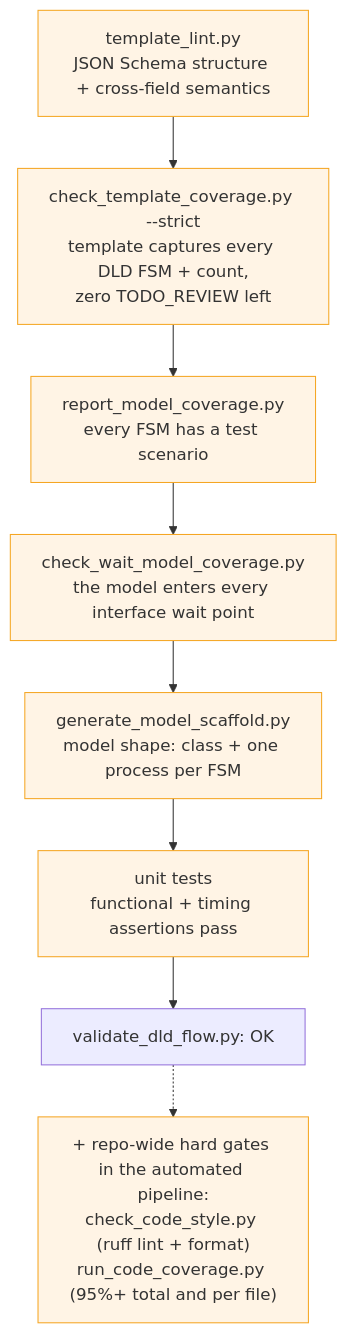
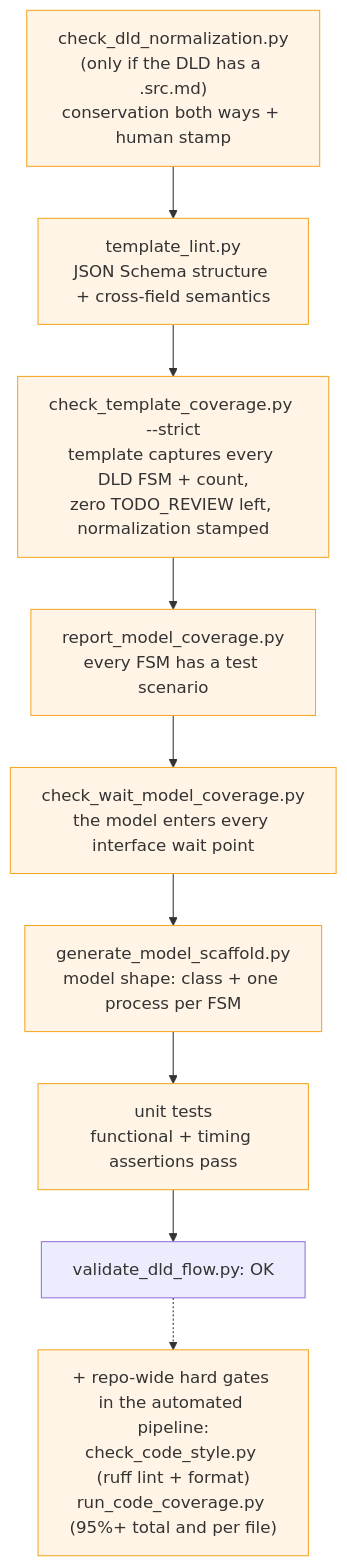
The sixth of 9 diagrams in docs/project_overview.md (kushkumar16/ip_model_automation), drawn with Mermaid before and after one commit. The commit also changed other lines of this file and 8 other files, not shown here.

First line of the commit message:
Sync the docs and diagrams with the normalization stage

````diff
--- a/docs/project_overview.md
+++ b/docs/project_overview.md
@@ -453,16 +507,17 @@
 ```mermaid
 flowchart TD
+    G0["check_dld_normalization.py<br/>(only if the DLD has a .src.md)<br/>conservation both ways + human stamp"]
     G1["template_lint.py<br/>JSON Schema structure + cross-field semantics"]
-    G2["check_template_coverage.py --strict<br/>template captures every DLD FSM + count,<br/>zero TODO_REVIEW left"]
+    G2["check_template_coverage.py --strict<br/>template captures every DLD FSM + count,<br/>zero TODO_REVIEW left, normalization stamped"]
     G3["report_model_coverage.py<br/>every FSM has a test scenario"]
     G4["check_wait_model_coverage.py<br/>the model enters every interface wait point"]
     G5["generate_model_scaffold.py<br/>model shape: class + one process per FSM"]
     G6["unit tests<br/>functional + timing assertions pass"]
 
-    G1 --> G2 --> G3 --> G4 --> G5 --> G6
+    G0 --> G1 --> G2 --> G3 --> G4 --> G5 --> G6
     G6 --> OK["validate_dld_flow.py: OK"]
     OK -.-> R["+ repo-wide hard gates in the automated pipeline:<br/>check_code_style.py (ruff lint + format)<br/>run_code_coverage.py (95%+ total and per file)"]
 
     classDef gate fill:#fff4e5,stroke:#f5a623;
-    class G1,G2,G3,G4,G5,G6,R gate;
+    class G0,G1,G2,G3,G4,G5,G6,R gate;
 ```
````
